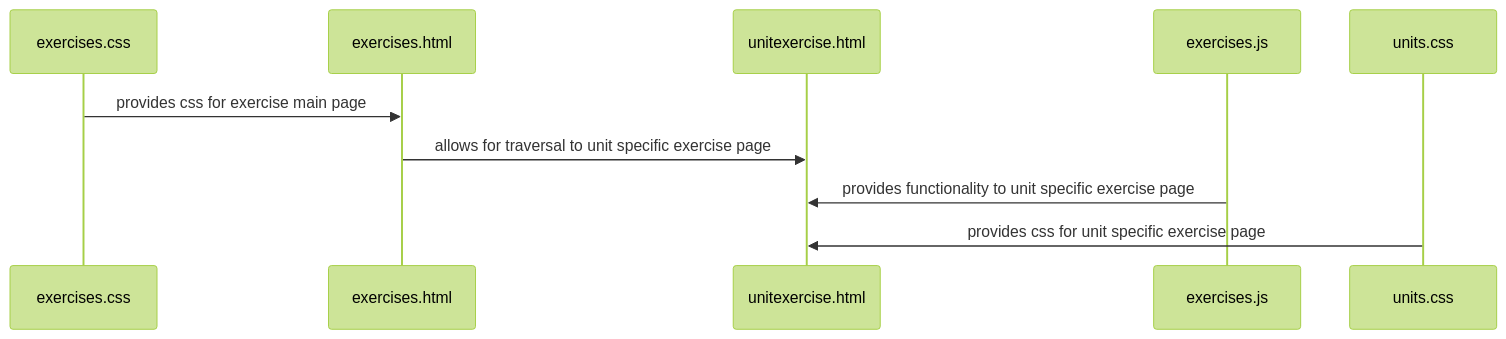
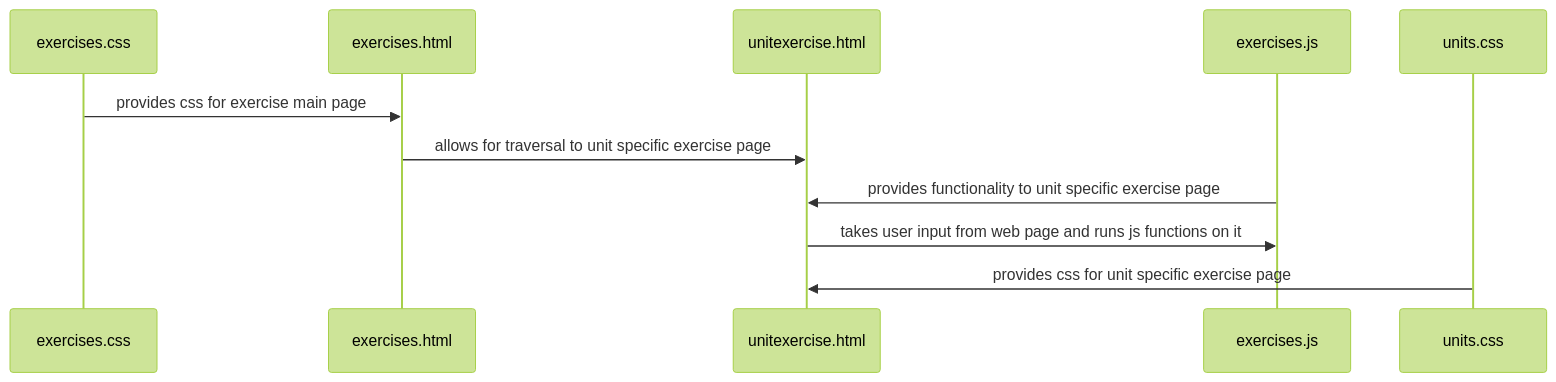
The diagram in team/m3/calder-mckenna/feature-sequence-diagram-calder.md (JianmingLinUMass/ms02), drawn with Mermaid (forest theme) before and after one commit.

````diff
--- a/team/m3/calder-mckenna/feature-sequence-diagram-calder.md
+++ b/team/m3/calder-mckenna/feature-sequence-diagram-calder.md
@@ -7,7 +7,8 @@
 ```mermaid
     sequenceDiagram
         exercises.css->>exercises.html: provides css for exercise main page
         exercises.html->>unitexercise.html: allows for traversal to unit specific exercise page
-        exercises.js->>unitexercise.html: provides functionality to unit specific exercise page 
+        exercises.js->>unitexercise.html: provides functionality to unit specific exercise page
+        unitexercise.html->>exercises.js: takes user input from web page and runs js functions on it
         units.css->>unitexercise.html: provides css for unit specific exercise page
 ```
````
